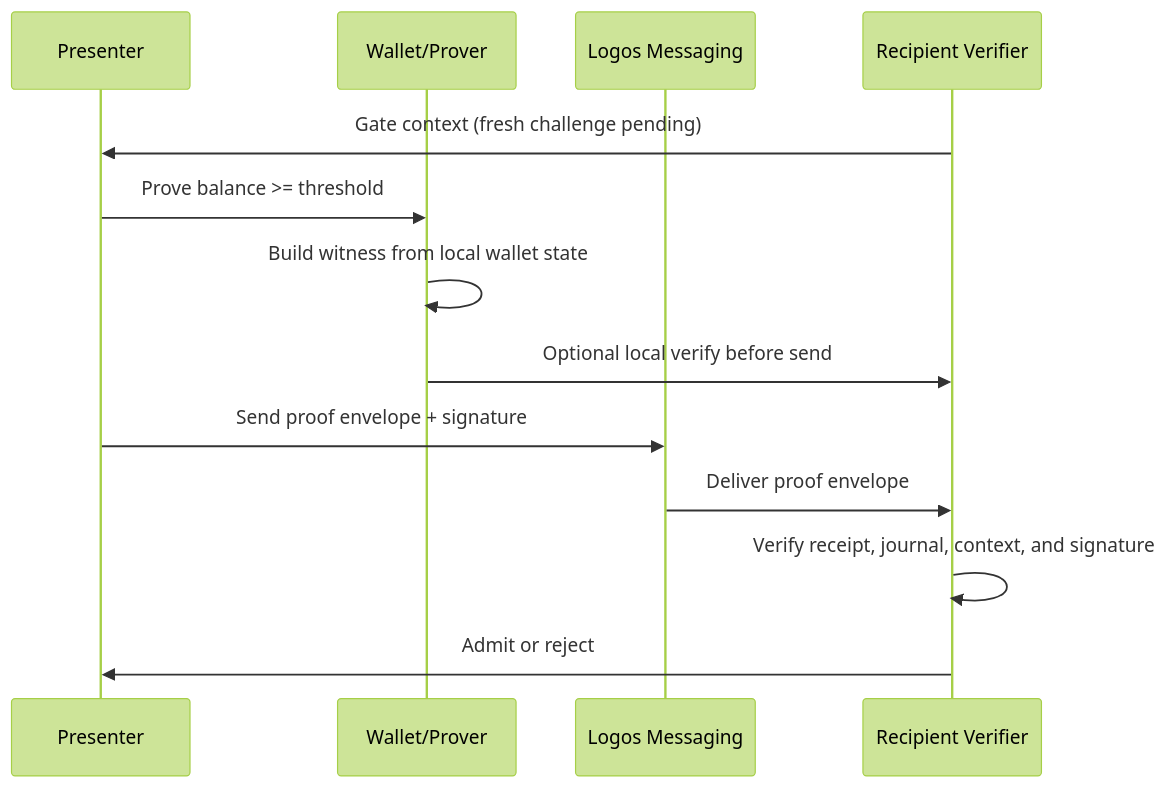
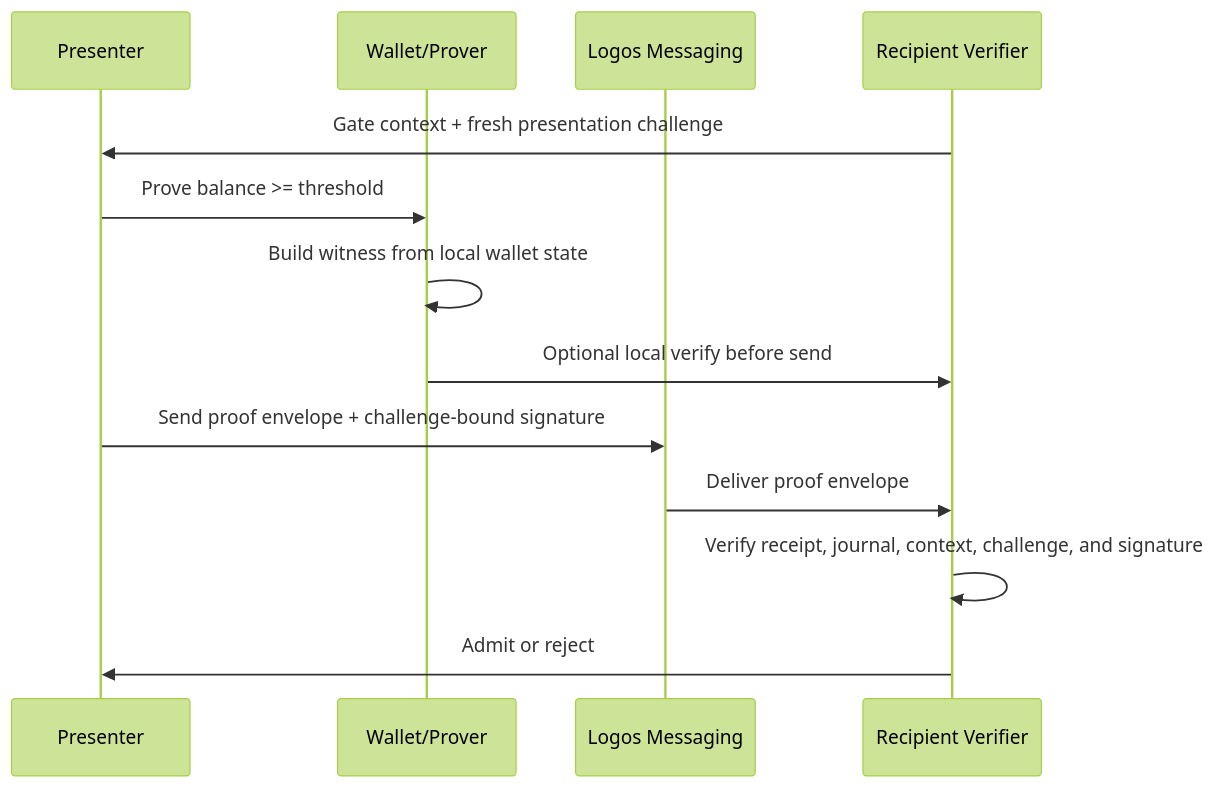
Before and after one commit to dubzn/logos-private-balance-attestation: the second of 3 diagrams in docs/ARCHITECTURE.md, drawn with Mermaid (forest theme). The commit also changed other lines of this file and 24 other files, not shown here.

````diff
--- a/docs/ARCHITECTURE.md
+++ b/docs/ARCHITECTURE.md
@@ -219,16 +222,16 @@
 ```mermaid
 sequenceDiagram
   participant A as Presenter
   participant W as Wallet/Prover
   participant M as Logos Messaging
   participant V as Recipient Verifier
 
-  V->>A: Gate context (fresh challenge pending)
+  V->>A: Gate context + fresh presentation challenge
   A->>W: Prove balance >= threshold
   W->>W: Build witness from local wallet state
   W->>V: Optional local verify before send
-  A->>M: Send proof envelope + signature
+  A->>M: Send proof envelope + challenge-bound signature
   M->>V: Deliver proof envelope
-  V->>V: Verify receipt, journal, context, and signature
+  V->>V: Verify receipt, journal, context, challenge, and signature
   V->>A: Admit or reject
 ```
````
